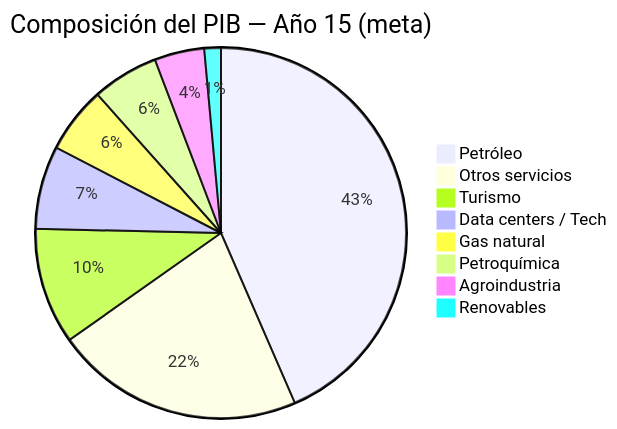
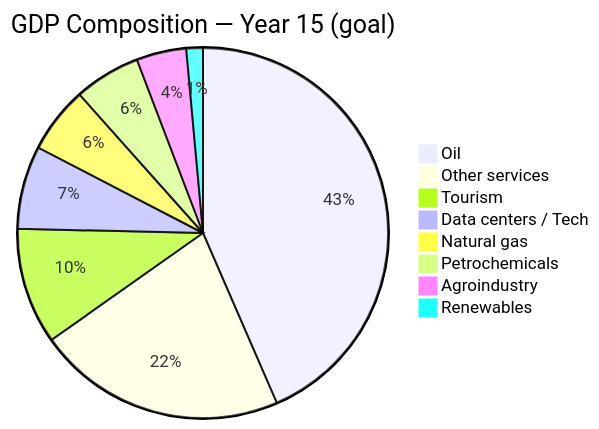
Before and after one commit to Venezuela-S-A/venezuela-sa: the first of 3 diagrams in i18n/en/docusaurus-plugin-content-docs/current/05-transformacion/diversificacion.md, drawn with Mermaid. The commit also changed other lines of this file and 127 other files, not shown here.

````diff
--- a/i18n/en/docusaurus-plugin-content-docs/current/05-transformacion/diversificacion.md
+++ b/i18n/en/docusaurus-plugin-content-docs/current/05-transformacion/diversificacion.md
@@ -113,11 +113,11 @@
 ```mermaid
-pie title Composición del PIB — Año 15 (meta)
-    "Petróleo" : 30
-    "Otros servicios" : 15
-    "Turismo" : 7
+pie title GDP Composition — Year 15 (goal)
+    "Oil" : 30
+    "Other services" : 15
+    "Tourism" : 7
     "Data centers / Tech" : 5
-    "Gas natural" : 4
-    "Petroquímica" : 4
-    "Agroindustria" : 3
-    "Renovables" : 1
+    "Natural gas" : 4
+    "Petrochemicals" : 4
+    "Agroindustry" : 3
+    "Renewables" : 1
 ```
````
